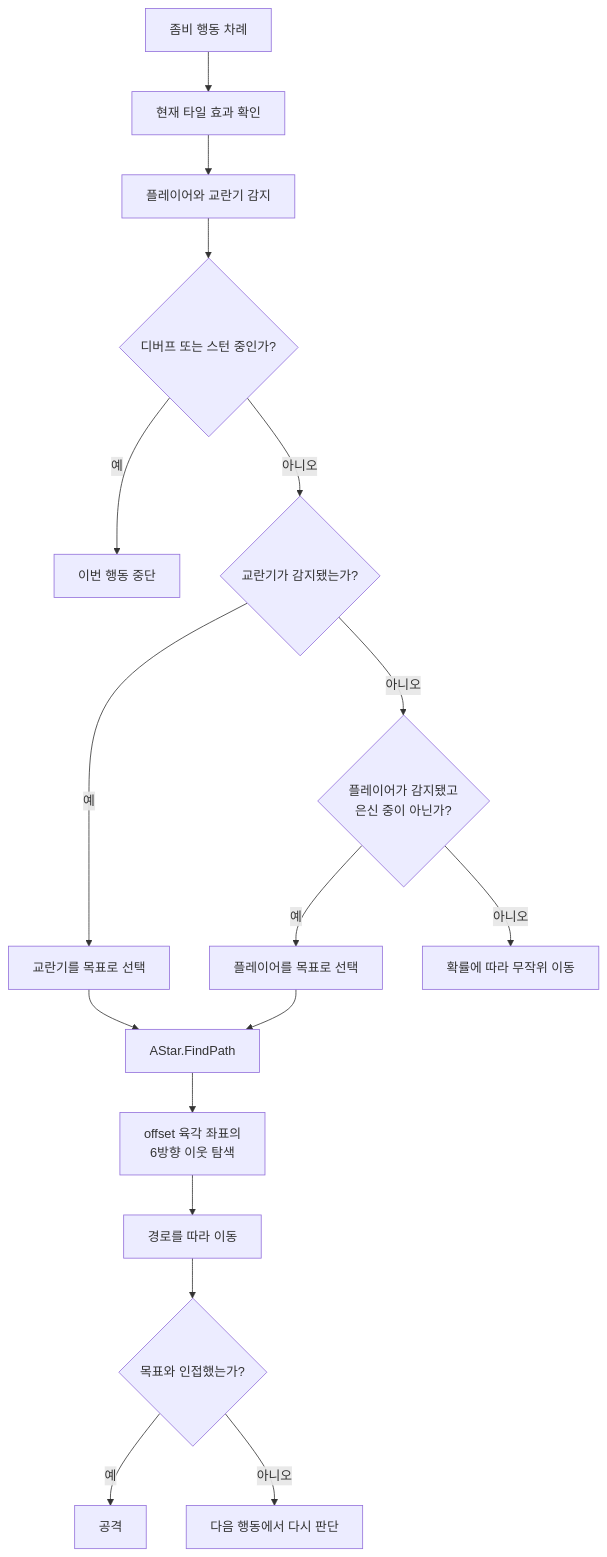
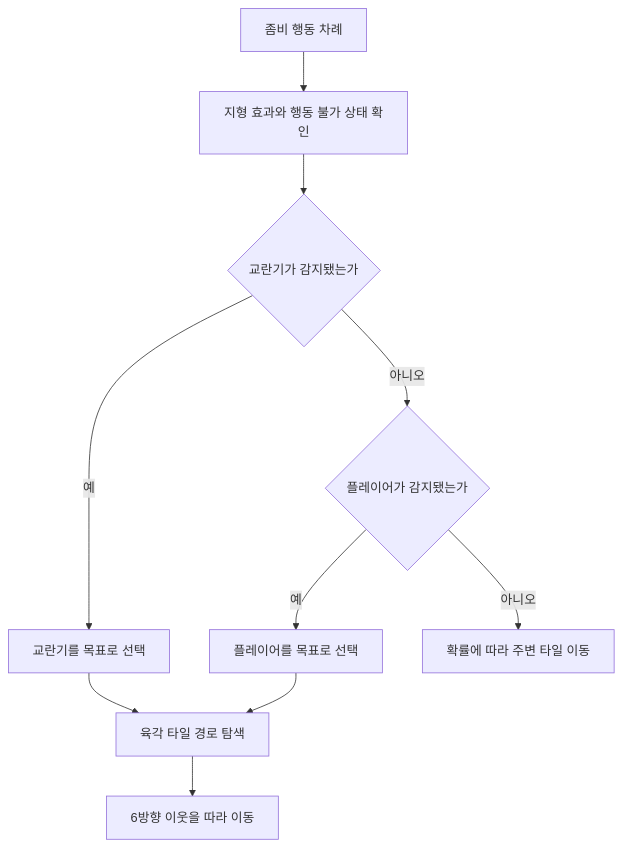
The first of 2 diagrams in README.md (NearthYou/DEAD.NET), drawn with Mermaid before and after one commit. The commit also changed other lines of this file, not shown here.

````diff
--- a/README.md
+++ b/README.md
@@ -65,19 +47,12 @@
 ```mermaid
 flowchart TD
-    A["좀비 행동 차례"] --> B["현재 타일 효과 확인"]
-    B --> C["플레이어와 교란기 감지"]
-    C --> D{"디버프 또는 스턴 중인가?"}
-    D -->|예| E["이번 행동 중단"]
-    D -->|아니오| F{"교란기가 감지됐는가?"}
-    F -->|예| G["교란기를 목표로 선택"]
-    F -->|아니오| H{"플레이어가 감지됐고<br/>은신 중이 아닌가?"}
-    H -->|예| I["플레이어를 목표로 선택"]
-    H -->|아니오| J["확률에 따라 무작위 이동"]
-    G --> K["AStar.FindPath"]
-    I --> K
-    K --> L["offset 육각 좌표의<br/>6방향 이웃 탐색"]
-    L --> M["경로를 따라 이동"]
-    M --> N{"목표와 인접했는가?"}
-    N -->|예| O["공격"]
-    N -->|아니오| P["다음 행동에서 다시 판단"]
+    A[좀비 행동 차례] --> B[지형 효과와 행동 불가 상태 확인]
+    B --> C{교란기가 감지됐는가}
+    C -->|예| D[교란기를 목표로 선택]
+    C -->|아니오| E{플레이어가 감지됐는가}
+    E -->|예| F[플레이어를 목표로 선택]
+    E -->|아니오| G[확률에 따라 주변 타일 이동]
+    D --> H[육각 타일 경로 탐색]
+    F --> H
+    H --> I[6방향 이웃을 따라 이동]
 ```
````
